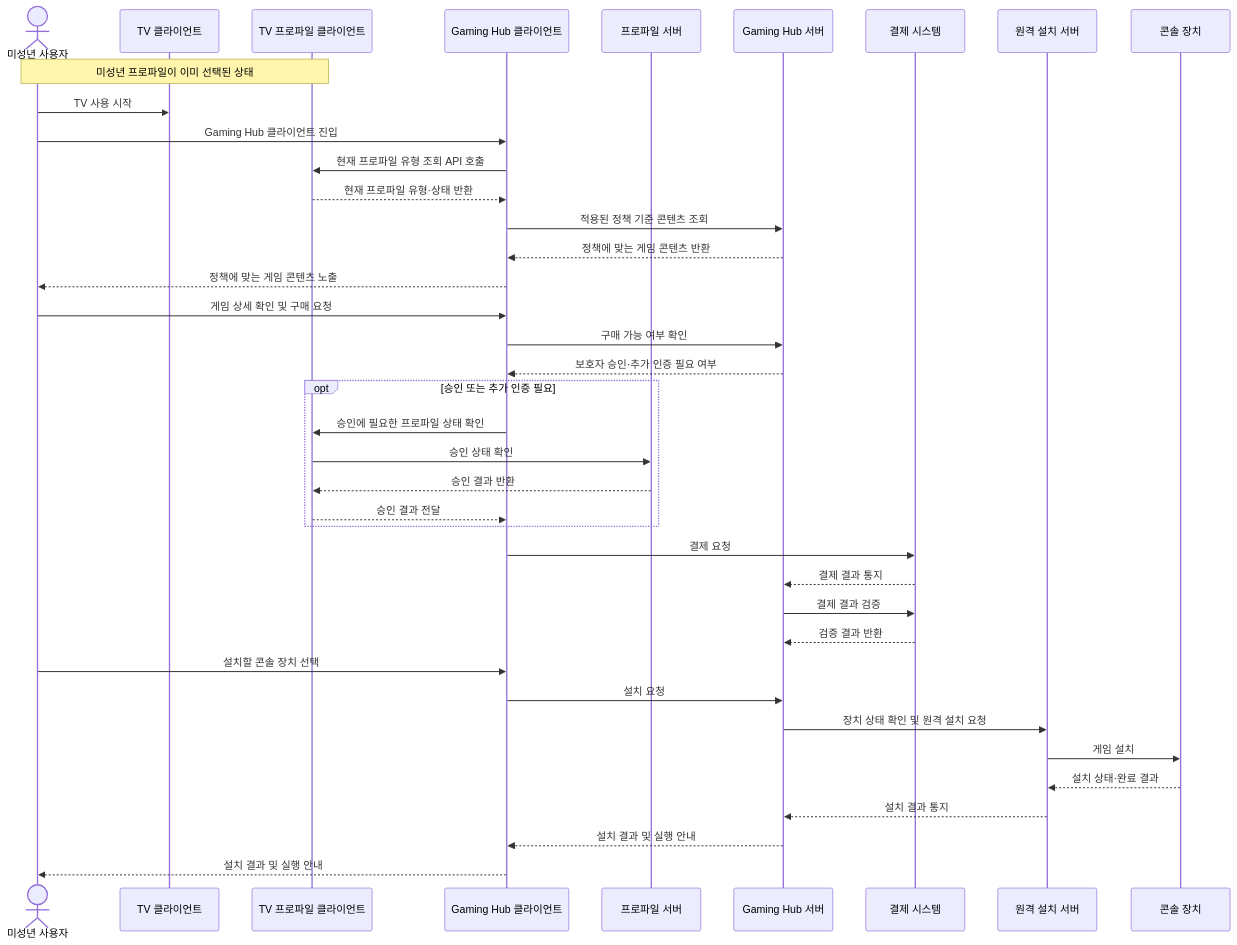
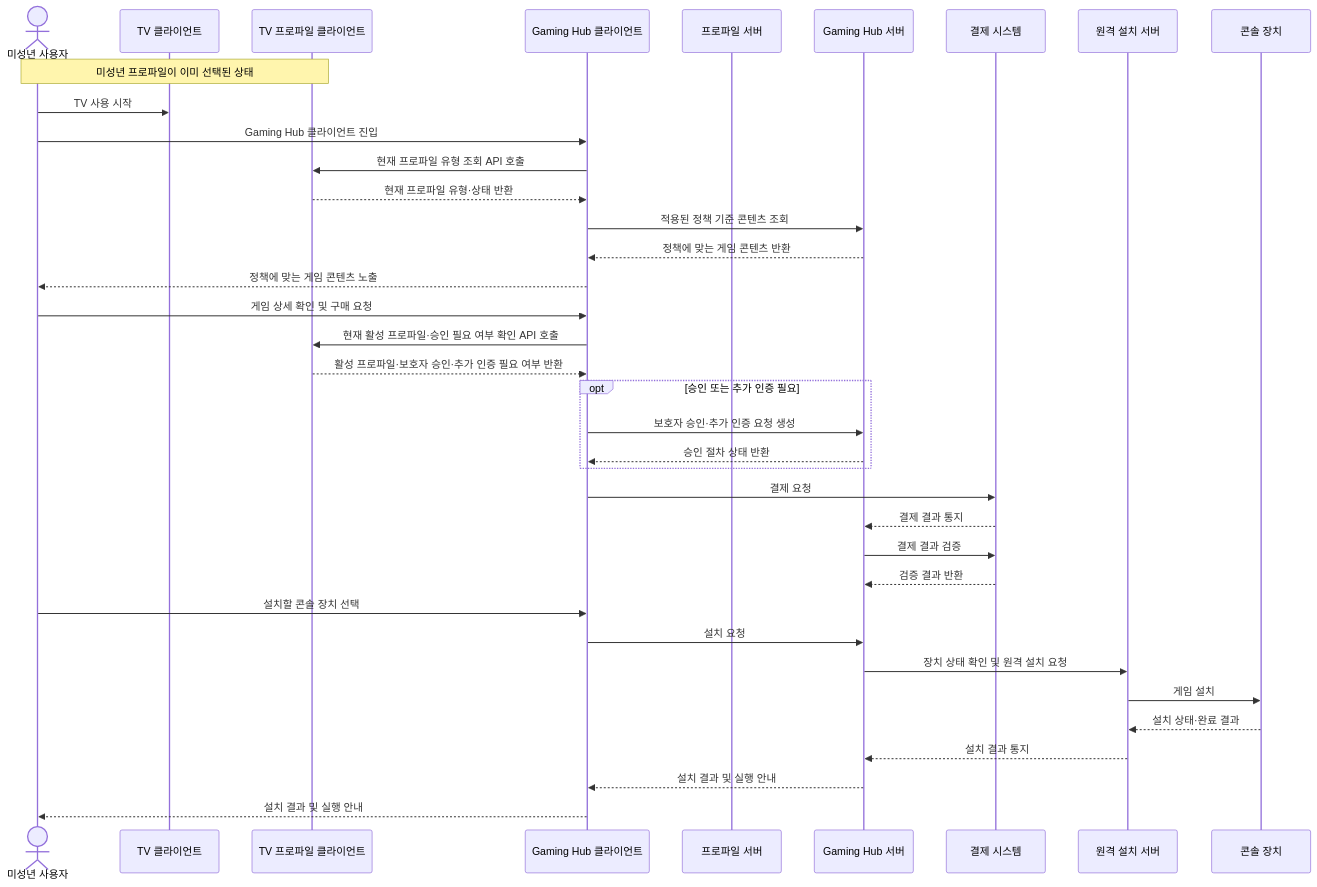
The first of 5 diagrams in docs/decision-point-2-architecture.md (seock04/gaming-hub-console-content), drawn with Mermaid before and after one commit. The commit also changed other lines of this file, not shown here.

Commit message:
Move purchase policy check to profile client

````diff
--- a/docs/decision-point-2-architecture.md
+++ b/docs/decision-point-2-architecture.md
@@ -69,42 +69,40 @@
 ```mermaid
 sequenceDiagram
     actor User as 미성년 사용자
     participant TV as TV 클라이언트
     participant Profile as TV 프로파일 클라이언트
     participant HubClient as Gaming Hub 클라이언트
     participant ProfileServer as 프로파일 서버
     participant Hub as Gaming Hub 서버
     participant Pay as 결제 시스템
     participant Install as 원격 설치 서버
     participant Console as 콘솔 장치
 
     Note over User,Profile: 미성년 프로파일이 이미 선택된 상태
     User->>TV: TV 사용 시작
     User->>HubClient: Gaming Hub 클라이언트 진입
     HubClient->>Profile: 현재 프로파일 유형 조회 API 호출
     Profile-->>HubClient: 현재 프로파일 유형·상태 반환
     HubClient->>Hub: 적용된 정책 기준 콘텐츠 조회
     Hub-->>HubClient: 정책에 맞는 게임 콘텐츠 반환
     HubClient-->>User: 정책에 맞는 게임 콘텐츠 노출
     User->>HubClient: 게임 상세 확인 및 구매 요청
-    HubClient->>Hub: 구매 가능 여부 확인
-    Hub-->>HubClient: 보호자 승인·추가 인증 필요 여부
+    HubClient->>Profile: 현재 활성 프로파일·승인 필요 여부 확인 API 호출
+    Profile-->>HubClient: 활성 프로파일·보호자 승인·추가 인증 필요 여부 반환
     opt 승인 또는 추가 인증 필요
-        HubClient->>Profile: 승인에 필요한 프로파일 상태 확인
-        Profile->>ProfileServer: 승인 상태 확인
-        ProfileServer-->>Profile: 승인 결과 반환
-        Profile-->>HubClient: 승인 결과 전달
+        HubClient->>Hub: 보호자 승인·추가 인증 요청 생성
+        Hub-->>HubClient: 승인 절차 상태 반환
     end
     HubClient->>Pay: 결제 요청
     Pay-->>Hub: 결제 결과 통지
     Hub->>Pay: 결제 결과 검증
     Pay-->>Hub: 검증 결과 반환
     User->>HubClient: 설치할 콘솔 장치 선택
     HubClient->>Hub: 설치 요청
     Hub->>Install: 장치 상태 확인 및 원격 설치 요청
     Install->>Console: 게임 설치
     Console-->>Install: 설치 상태·완료 결과
     Install-->>Hub: 설치 결과 통지
     Hub-->>HubClient: 설치 결과 및 실행 안내
     HubClient-->>User: 설치 결과 및 실행 안내
 ```
````
